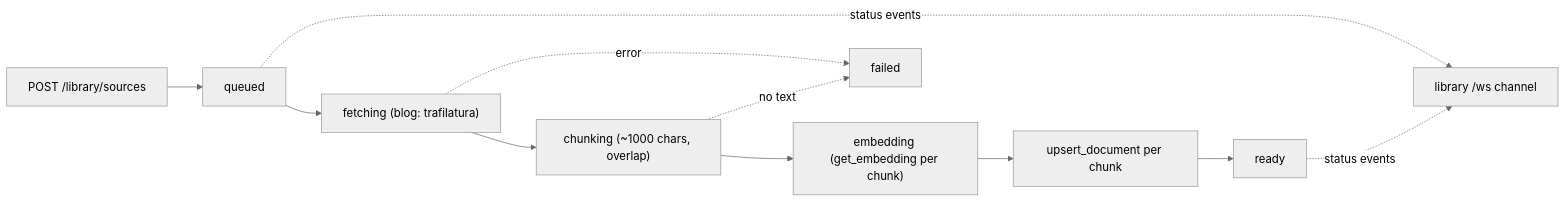
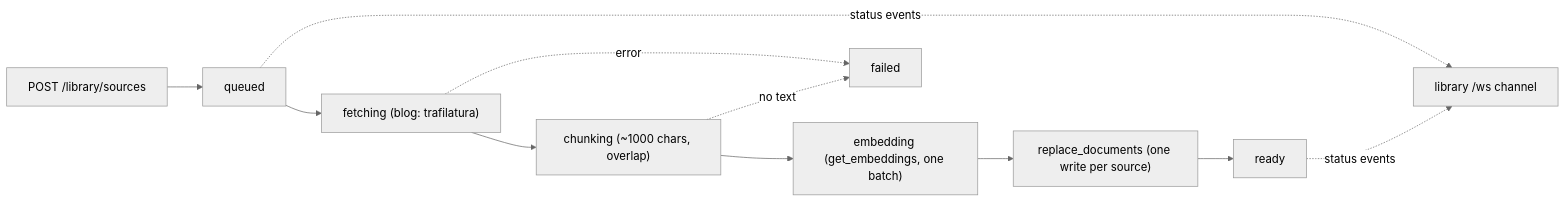
Before and after one commit to ConstCorrectness/horrible-dashboard: the diagram in docs/modules/library.mdx, drawn with Mermaid (neutral theme). The commit also changed other lines of this file and 65 other files, not shown here.

````diff
--- a/docs/modules/library.mdx
+++ b/docs/modules/library.mdx
@@ -130,13 +130,13 @@
 ```mermaid
 flowchart LR
   Add["POST /library/sources"] --> Q["queued"]
   Q --> F["fetching (blog: trafilatura)"]
   F --> C["chunking (~1000 chars, overlap)"]
-  C --> E["embedding (get_embedding per chunk)"]
-  E --> U["upsert_document per chunk"]
+  C --> E["embedding (get_embeddings, one batch)"]
+  E --> U["replace_documents (one write per source)"]
   U --> R["ready"]
   F -. error .-> X["failed"]
   C -. no text .-> X
   Q -. status events .-> WS["library /ws channel"]
   R -. status events .-> WS
 ```
````
